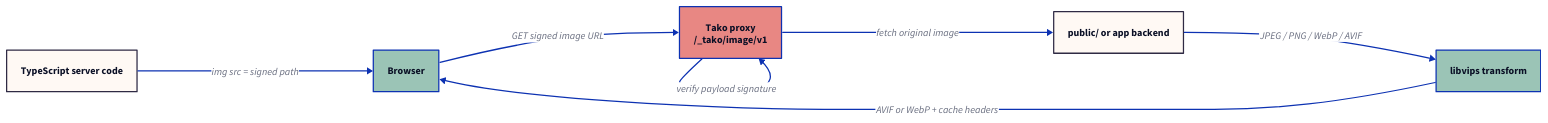
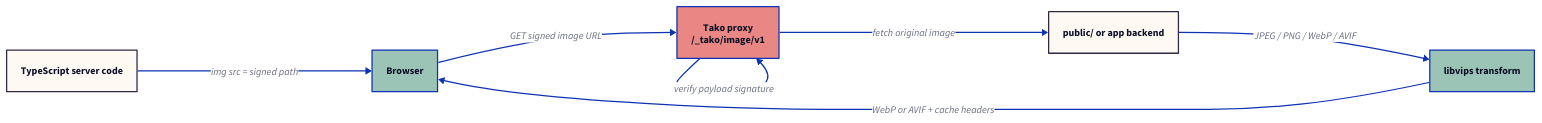
Before and after one commit to tako-sh/tako: the diagram in website/src/content/blog/tako-images-built-in-image-service.md, drawn with D2. The commit also changed other lines of this file and 19 other files, not shown here.

````diff
--- a/website/src/content/blog/tako-images-built-in-image-service.md
+++ b/website/src/content/blog/tako-images-built-in-image-service.md
@@ -106,28 +106,28 @@
 ```d2
 direction: right
 
 app: "TypeScript server code" {
   style.fill: "#FFF9F4"
   style.stroke: "#2F2A44"
 }
 browser: Browser {
   style.fill: "#9BC4B6"
 }
 proxy: "Tako proxy\n/_tako/image/v1" {
   style.fill: "#E88783"
 }
 source: "public/ or app backend" {
   style.fill: "#FFF9F4"
   style.stroke: "#2F2A44"
 }
 vips: "libvips transform" {
   style.fill: "#9BC4B6"
 }
 
 app -> browser: "img src = signed path"
 browser -> proxy: "GET signed image URL"
 proxy -> proxy: "verify payload signature"
 proxy -> source: "fetch original image"
 source -> vips: "JPEG / PNG / WebP / AVIF"
-vips -> browser: "AVIF or WebP + cache headers"
+vips -> browser: "WebP or AVIF + cache headers"
 ```
````
